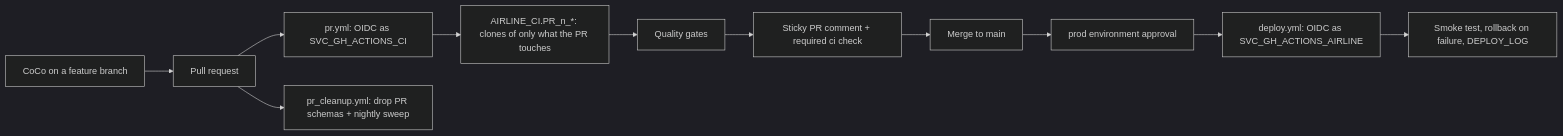
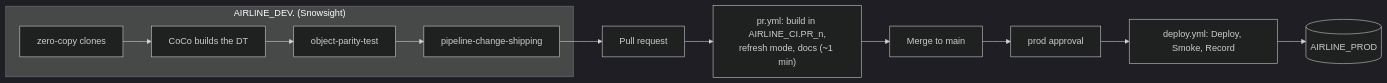
Before and after one commit to sfc-gh-tporter/coco-airline-dt-demo: the diagram in README.md, drawn with Mermaid (dark theme). The commit also changed other lines of this file and 18 other files, not shown here.

First line of the commit message:
Snowsight-first flow: dev sandbox, published team skills, thin visible CI

````diff
--- a/README.md
+++ b/README.md
@@ -13,13 +18,14 @@
 ```mermaid
 flowchart LR
-  dev[CoCo on a feature branch] --> pr[Pull request]
-  pr --> ci["pr.yml: OIDC as SVC_GH_ACTIONS_CI"]
-  ci --> env["AIRLINE_CI.PR_n_*: clones of only what the PR touches"]
-  env --> gates[Quality gates]
-  gates --> comment[Sticky PR comment + required ci check]
-  comment --> merge[Merge to main]
-  merge --> approve[prod environment approval]
-  approve --> deploy["deploy.yml: OIDC as SVC_GH_ACTIONS_AIRLINE"]
-  deploy --> smoke[Smoke test, rollback on failure, DEPLOY_LOG]
-  pr --> cleanup["pr_cleanup.yml: drop PR schemas + nightly sweep"]
+  subgraph DEV["AIRLINE_DEV.<you> (Snowsight)"]
+    clones[zero-copy clones] --> dt[CoCo builds the DT]
+    dt --> parity[object-parity-test]
+    parity --> ship[pipeline-change-shipping]
+  end
+  ship --> pr[Pull request]
+  pr --> ci["pr.yml: build in AIRLINE_CI.PR_n,<br/>refresh mode, docs (~1 min)"]
+  ci --> merge[Merge to main]
+  merge --> approve[prod approval]
+  approve --> deploy["deploy.yml: Deploy, Smoke, Record"]
+  deploy --> prod[(AIRLINE_PROD)]
 ```
````
